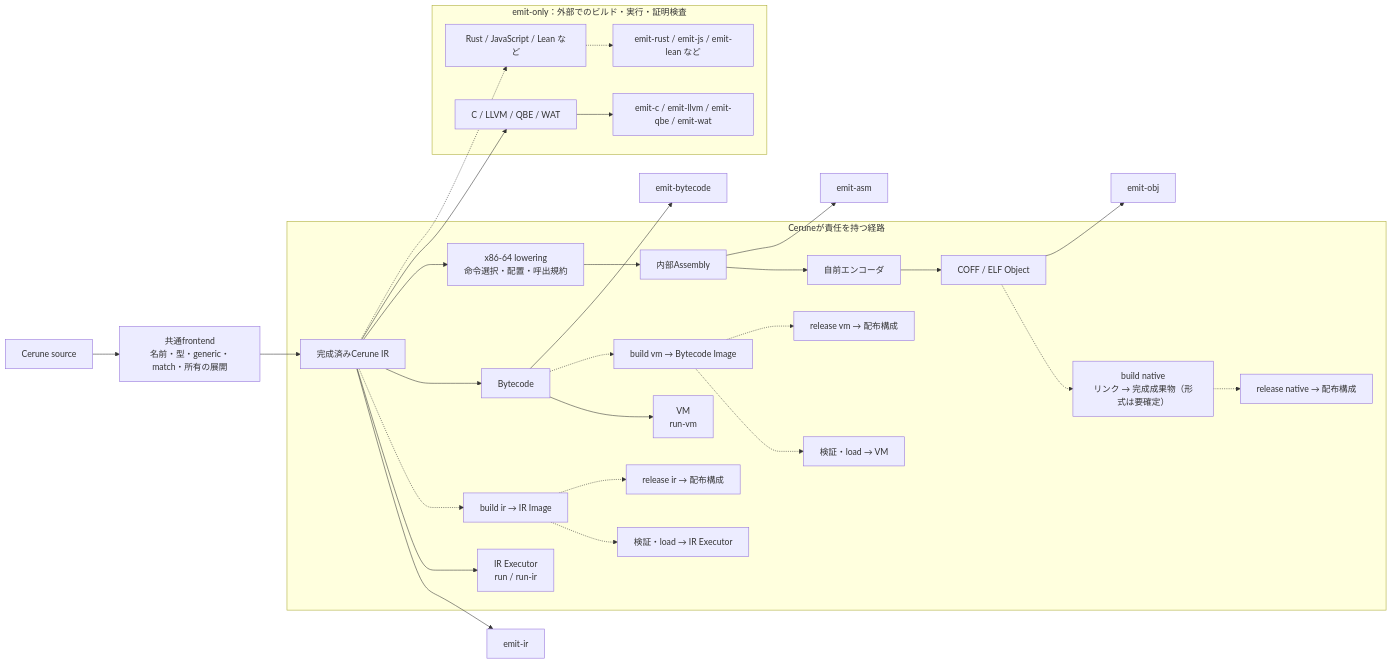
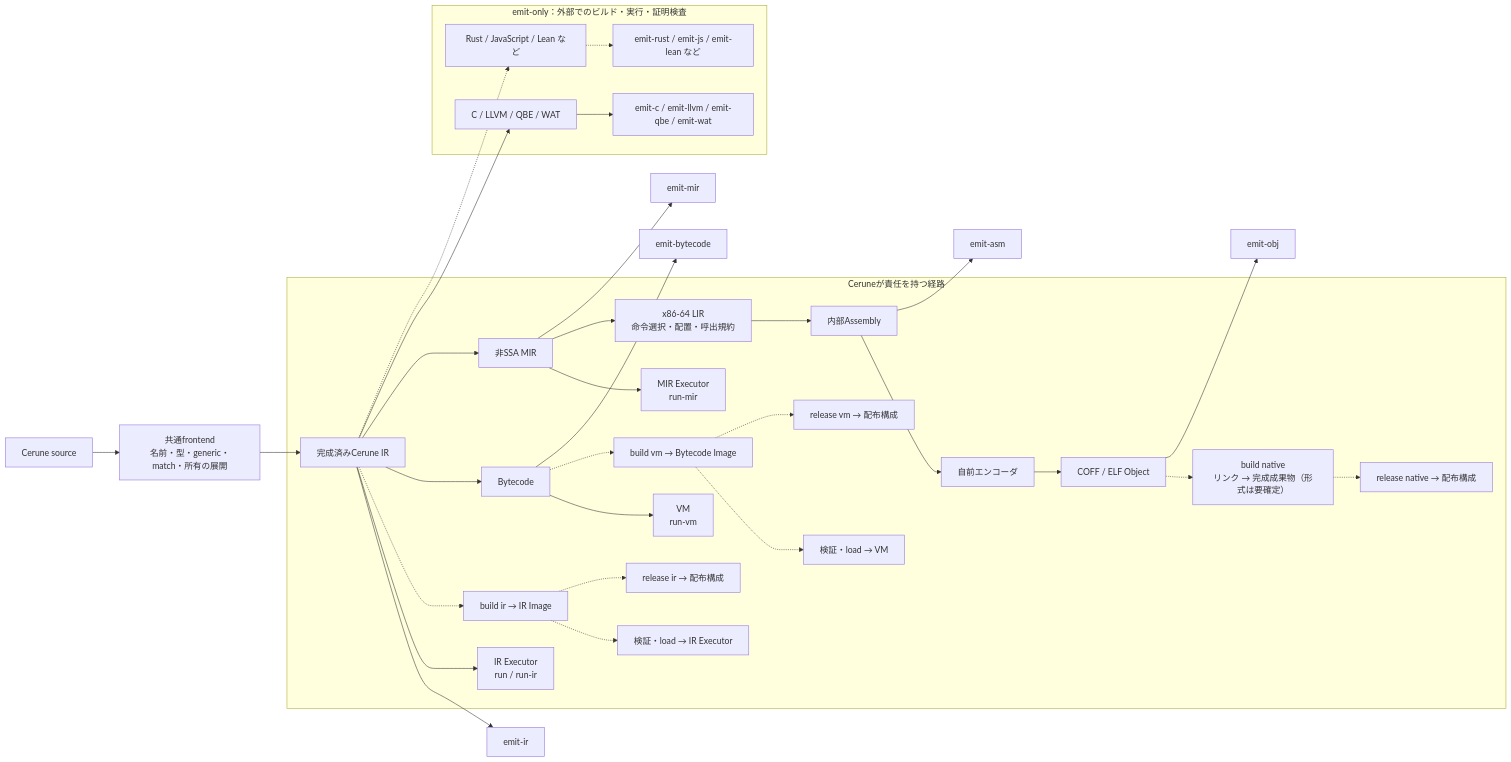
Before and after one commit to Hokutaka/Cerune: the diagram in docs/design/owned-routes.ja.md, drawn with Mermaid. The commit also changed other lines of this file and 21 other files, not shown here.

````diff
--- a/docs/design/owned-routes.ja.md
+++ b/docs/design/owned-routes.ja.md
@@ -18,32 +18,35 @@
 ```mermaid
 flowchart LR
     S["Cerune source"] --> F["共通frontend<br/>名前・型・generic・match・所有の展開"]
     F --> IR["完成済みCerune IR"]
     IR --> OIR["emit-ir"]
     subgraph Owned["Ceruneが責任を持つ経路"]
         IR --> R["IR Executor<br/>run / run-ir"]
         IR -.-> IB["build ir → IR Image"]
         IB -.-> IL["検証・load → IR Executor"]
         IB -.-> IP["release ir → 配布構成"]
         IR --> BC["Bytecode"]
         BC --> VM["VM<br/>run-vm"]
         BC -.-> VB["build vm → Bytecode Image"]
         VB -.-> VL["検証・load → VM"]
         VB -.-> VP["release vm → 配布構成"]
-        IR --> X["x86-64 lowering<br/>命令選択・配置・呼出規約"]
+        IR --> MIR["非SSA MIR"]
+        MIR --> RMIR["MIR Executor<br/>run-mir"]
+        MIR --> X["x86-64 LIR<br/>命令選択・配置・呼出規約"]
         X --> A["内部Assembly"]
         A --> E["自前エンコーダ"]
         E --> OBJ["COFF / ELF Object"]
         OBJ -.-> NB["build native<br/>リンク → 完成成果物（形式は要確定）"]
         NB -.-> NP["release native → 配布構成"]
     end
+    MIR --> OMIR["emit-mir"]
     BC --> OBC["emit-bytecode"]
     A --> OA["emit-asm"]
     OBJ --> OO["emit-obj"]
     subgraph Emit["emit-only：外部でのビルド・実行・証明検査"]
         IR --> EXIST["C / LLVM / QBE / WAT"]
         EXIST --> OUT["emit-c / emit-llvm / emit-qbe / emit-wat"]
         IR -.-> FUT["Rust / JavaScript / Lean など"]
         FUT -.-> FUTOUT["emit-rust / emit-js / emit-lean など"]
     end
 ```
````
